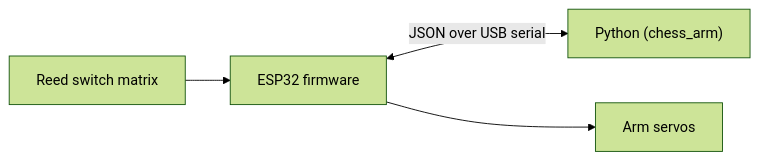
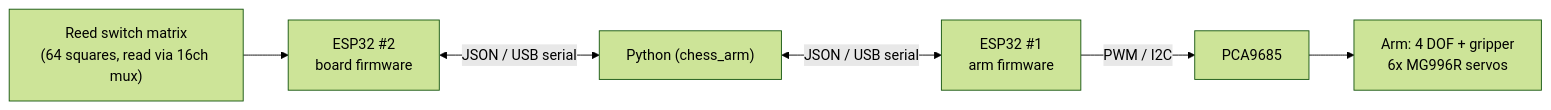
One commit to alejandra-obando/chess-robot-arm changed the diagram in README.md. Above: the diagram before and after it, drawn with Mermaid (forest theme). The commit also changed other lines of this file and 41 other files, not shown here.

First line of the commit message:
Split firmware into two ESP32s, add PCA9685/mux, real BOM and media

````diff
--- a/README.md
+++ b/README.md
@@ -43,6 +40,8 @@
 ```mermaid
 flowchart LR
-    RS["Reed switch matrix"] --> ESP["ESP32 firmware"]
-    ESP <-- "JSON over USB serial" --> PC["Python (chess_arm)"]
-    ESP --> Arm["Arm servos"]
+    RS["Reed switch matrix\n(64 squares, read via 16ch mux)"] --> ESP2["ESP32 #2\nboard firmware"]
+    ESP2 <-- "JSON / USB serial" --> PC["Python (chess_arm)"]
+    PC <-- "JSON / USB serial" --> ESP1["ESP32 #1\narm firmware"]
+    ESP1 -- "PWM / I2C" --> PCA["PCA9685"]
+    PCA --> Arm["Arm: 4 DOF + gripper\n6x MG996R servos"]
 ```
````
